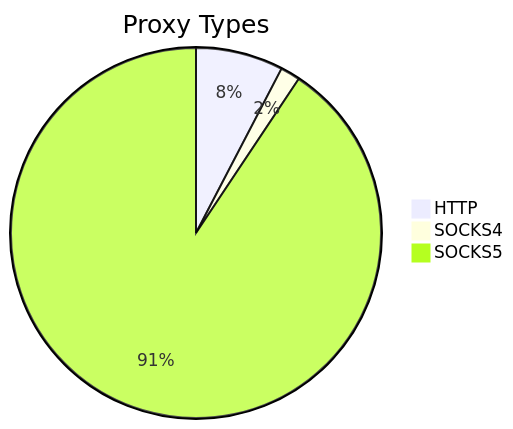
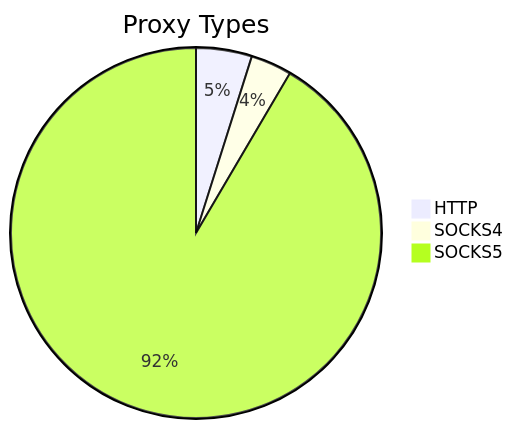
Before and after one commit to stormsia/proxy-list: the first of 2 diagrams in README.md, drawn with Mermaid. The commit also changed other lines of this file, not shown here.

````diff
--- a/README.md
+++ b/README.md
@@ -21,6 +21,6 @@
 ```mermaid
 pie title Proxy Types
-    "HTTP" : 120
-    "SOCKS4" : 27
-    "SOCKS5" : 1424
+    "HTTP" : 87
+    "SOCKS4" : 64
+    "SOCKS5" : 1634
 ```
````
